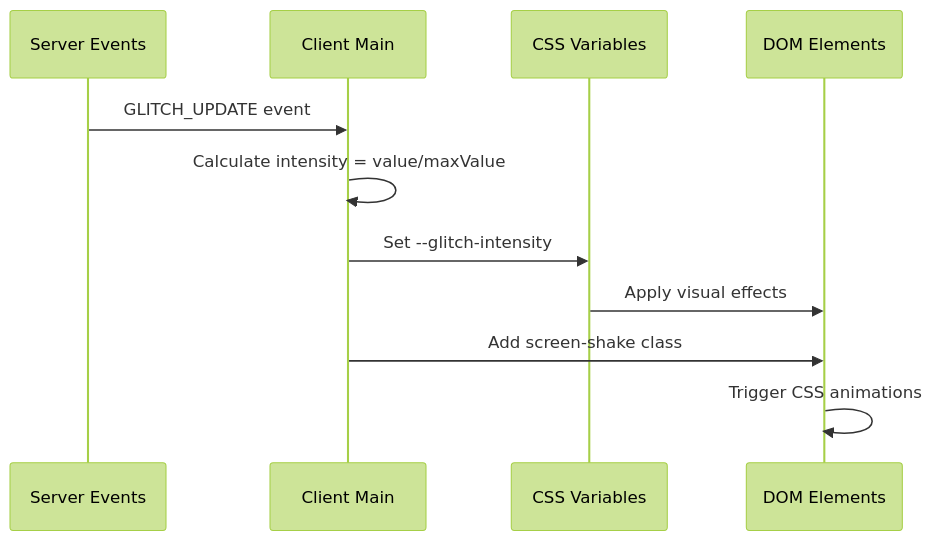
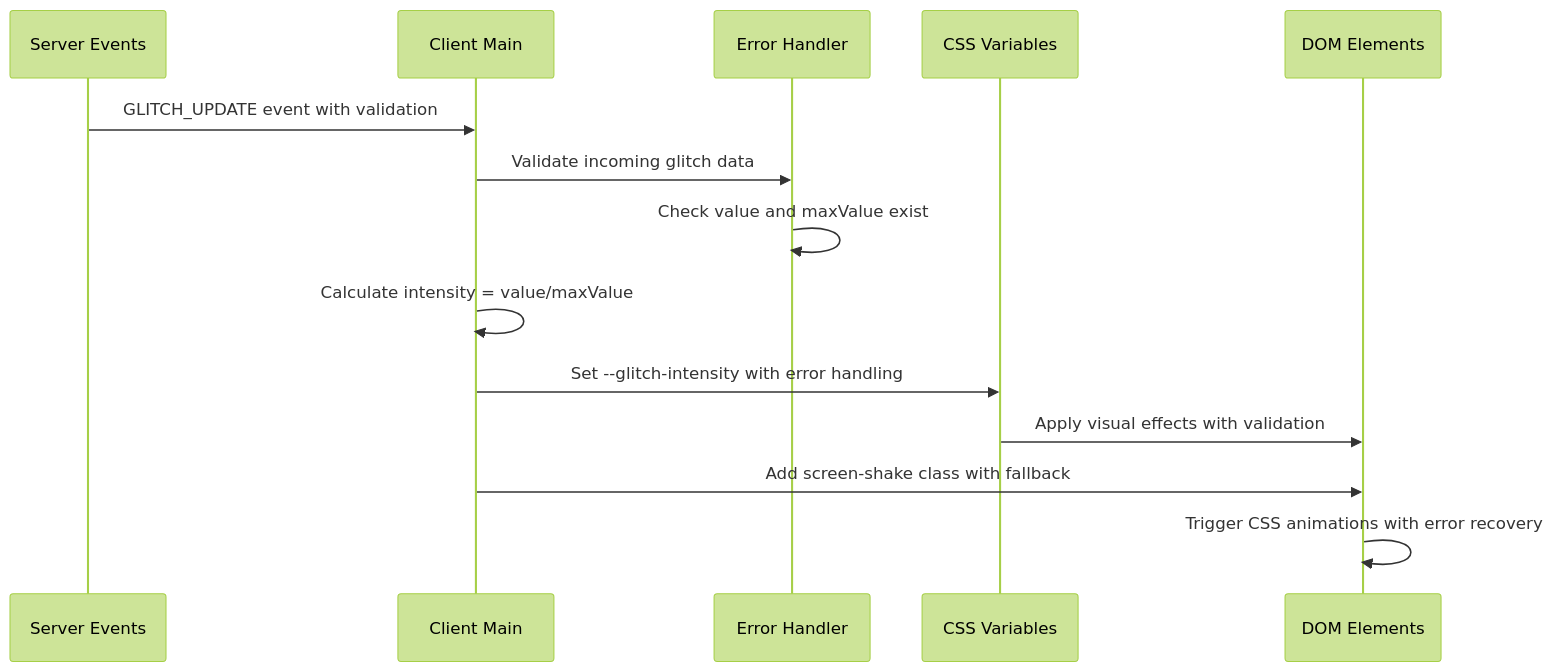
Before and after one commit to dkoukoul/escape-room-mvp: the sixth of 10 diagrams in .qoder/repowiki/en/content/Game Mechanics/Glitch Meter System.md, drawn with Mermaid (forest theme). The commit also changed other lines of this file and 21 other files, not shown here.

````diff
--- a/.qoder/repowiki/en/content/Game Mechanics/Glitch Meter System.md
+++ b/.qoder/repowiki/en/content/Game Mechanics/Glitch Meter System.md
@@ -255,13 +299,16 @@
 ```mermaid
 sequenceDiagram
 participant SE as Server Events
 participant CL as Client Main
+participant ERR as Error Handler
 participant CSS as CSS Variables
 participant DOM as DOM Elements
-SE->>CL : GLITCH_UPDATE event
+SE->>CL : GLITCH_UPDATE event with validation
+CL->>ERR : Validate incoming glitch data
+ERR->>ERR : Check value and maxValue exist
 CL->>CL : Calculate intensity = value/maxValue
-CL->>CSS : Set --glitch-intensity
-CSS->>DOM : Apply visual effects
-CL->>DOM : Add screen-shake class
-DOM->>DOM : Trigger CSS animations
+CL->>CSS : Set --glitch-intensity with error handling
+CSS->>DOM : Apply visual effects with validation
+CL->>DOM : Add screen-shake class with fallback
+DOM->>DOM : Trigger CSS animations with error recovery
 ```
````
